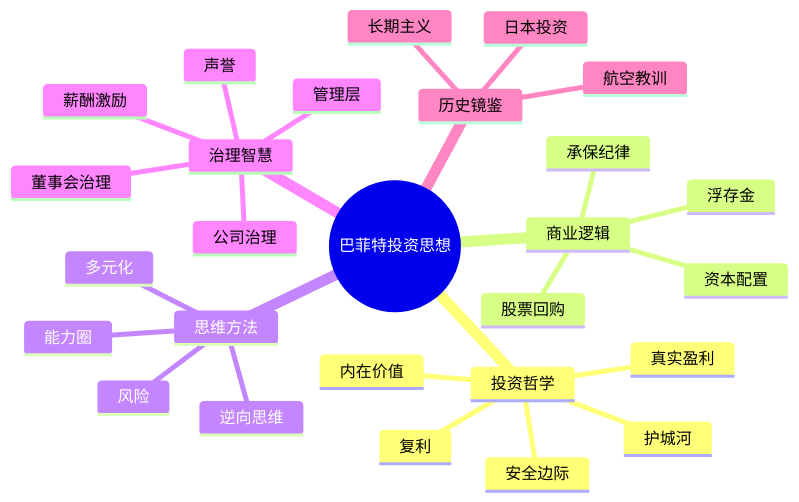
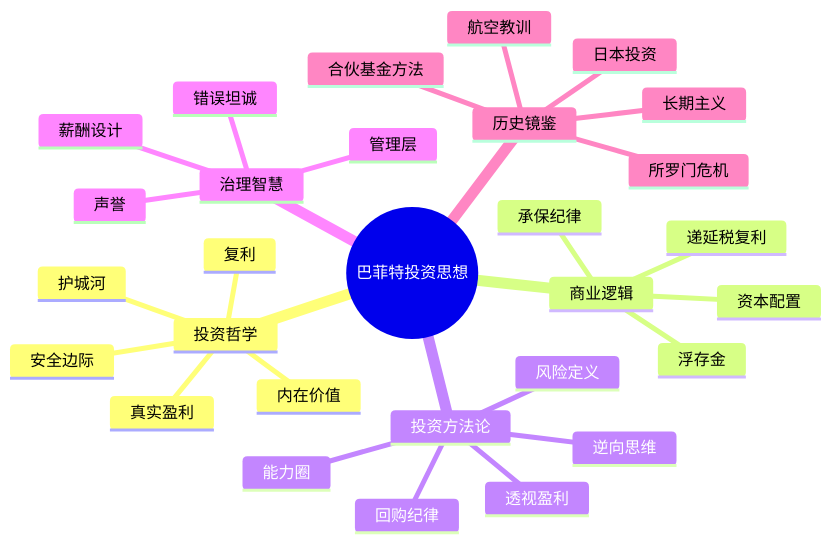
One commit to carllhm/buffett-knowledge-base changed the diagram in docs/02_concepts/index.md. Above: the diagram before and after it, drawn with Mermaid. The commit also changed other lines of this file and 5 other files, not shown here.

````diff
--- a/docs/02_concepts/index.md
+++ b/docs/02_concepts/index.md
@@ -73,30 +87,32 @@
 ```mermaid
 mindmap
   root((巴菲特投资思想))
     投资哲学
       内在价值
       护城河
       安全边际
       复利
       真实盈利
     商业逻辑
       浮存金
       承保纪律
       资本配置
-      股票回购
-    思维方法
+      递延税复利
+    投资方法论
       能力圈
       逆向思维
-      多元化
-      风险
+      透视盈利
+      回购纪律
+      风险定义
     治理智慧
       管理层
-      公司治理
-      薪酬激励
+      薪酬设计
+      错误坦诚
       声誉
-      董事会治理
     历史镜鉴
       航空教训
+      所罗门危机
       日本投资
       长期主义
+      合伙基金方法
 ```
````
